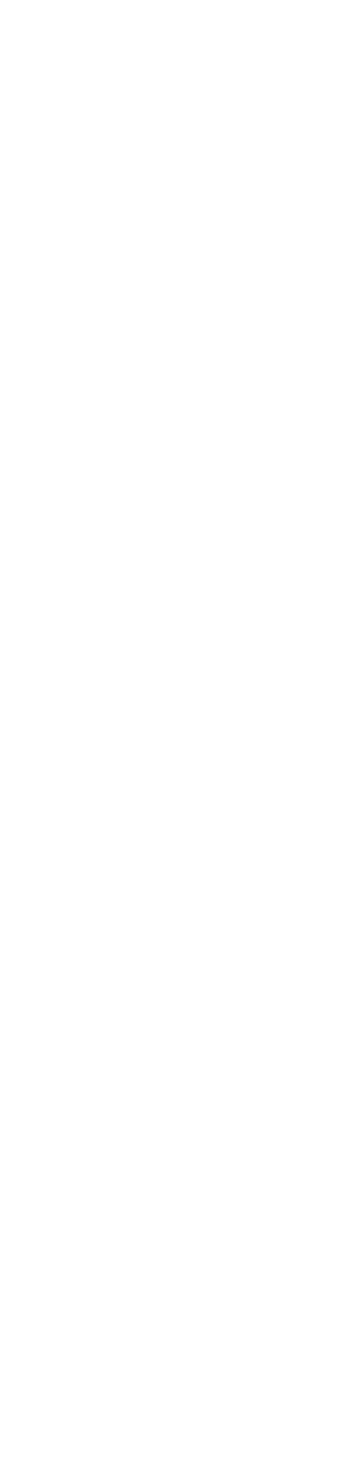
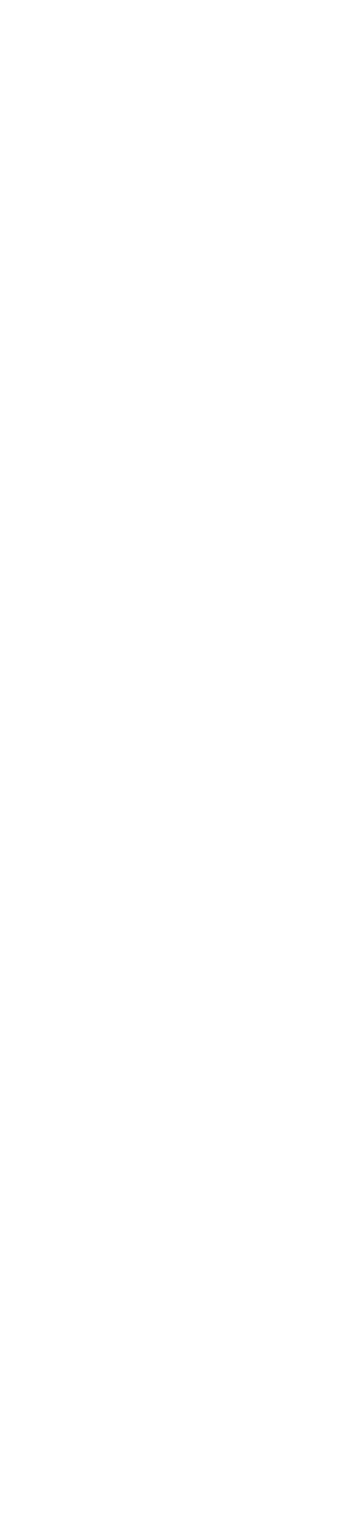
The seventh of 7 diagrams in git/Mermaid.md (sramire3000/documentacion), drawn with Mermaid before and after one commit.

Commit message:
Add controller and exception sections to Mermaid.md

````diff
--- a/git/Mermaid.md
+++ b/git/Mermaid.md
@@ -98,68 +98,70 @@
 ```mermaid
 ---
 config:
     treeView:
         rowIndent: 30
         lineThickness: 3
     themeVariables:
         treeView:
             labelFontSize: '14px'
             labelColor: '#FFFFFF'
             lineColor: '#FFFFFF'
 ---
 treeView-beta
     "app"
         "application"
             "color"
             "departamento"
                 "dto"
                 "service"
                 "usecase"
                     "impl"
             "report"
                 "port"
                 "service"
                 "usecase"
                     "impl"
             "usecase"
                 "UseCase.java"
         "bootstrap"
             "AppApplication.java"
         "domain"
             "color"
                 "exception"
                 "model"
                 "repository"
             "departamento"
                 "exception"
                 "model"
                 "repository"
         "infrastructure"
             "aop"
             "config"
             "email"
             "persistence"
                 "config"
                 "mysql"
                     "adapter"
                     "entity"
                     "repository"
                 "postgresql"
                     "adapter"
                     "entity"
                     "repository"
                 "sqlserver"
                     "adapter"
                     "entity"
                     "repository"
                 "sybase"
                     "adapter"
                     "entity"
                     "repository"
             "web"
+                "controller"
+                "exception"
         "shared"
             "BusinessException.java"
             "DatabaseOperationException.java"
             "ResourceNotFoundException.java"
 
 ```
````
